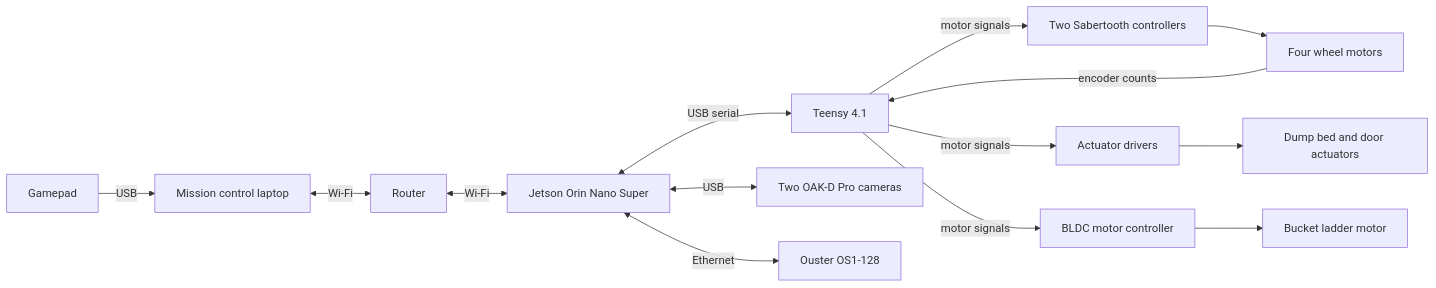
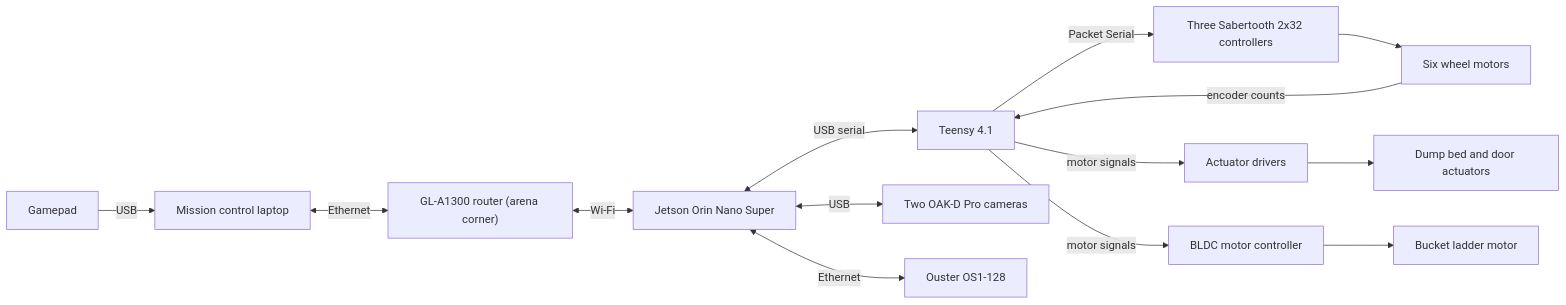
Before and after one commit to InnovaRobotics/innex-1: the first of 2 diagrams in docs/system-design.md, drawn with Mermaid. The commit also changed other lines of this file and 3 other files, not shown here.

````diff
--- a/docs/system-design.md
+++ b/docs/system-design.md
@@ -34,16 +34,16 @@
 ```mermaid
 flowchart LR
     gamepad["Gamepad"] -->|USB| laptop["Mission control laptop"]
-    laptop <-->|Wi-Fi| router["Router"]
+    laptop <-->|Ethernet| router["GL-A1300 router (arena corner)"]
     router <-->|Wi-Fi| jetson["Jetson Orin Nano Super"]
     jetson <-->|USB serial| teensy["Teensy 4.1"]
     jetson <-->|USB| oak["Two OAK-D Pro cameras"]
     jetson <-->|Ethernet| ouster["Ouster OS1-128"]
-    teensy -->|motor signals| sabertooth["Two Sabertooth controllers"]
+    teensy -->|Packet Serial| sabertooth["Three Sabertooth 2x32 controllers"]
     teensy -->|motor signals| drivers["Actuator drivers"]
     teensy -->|motor signals| bldc["BLDC motor controller"]
     drivers --> actuators["Dump bed and door actuators"]
     bldc --> ladder["Bucket ladder motor"]
-    sabertooth --> wheels["Four wheel motors"]
+    sabertooth --> wheels["Six wheel motors"]
     wheels -->|encoder counts| teensy
 ```
````
